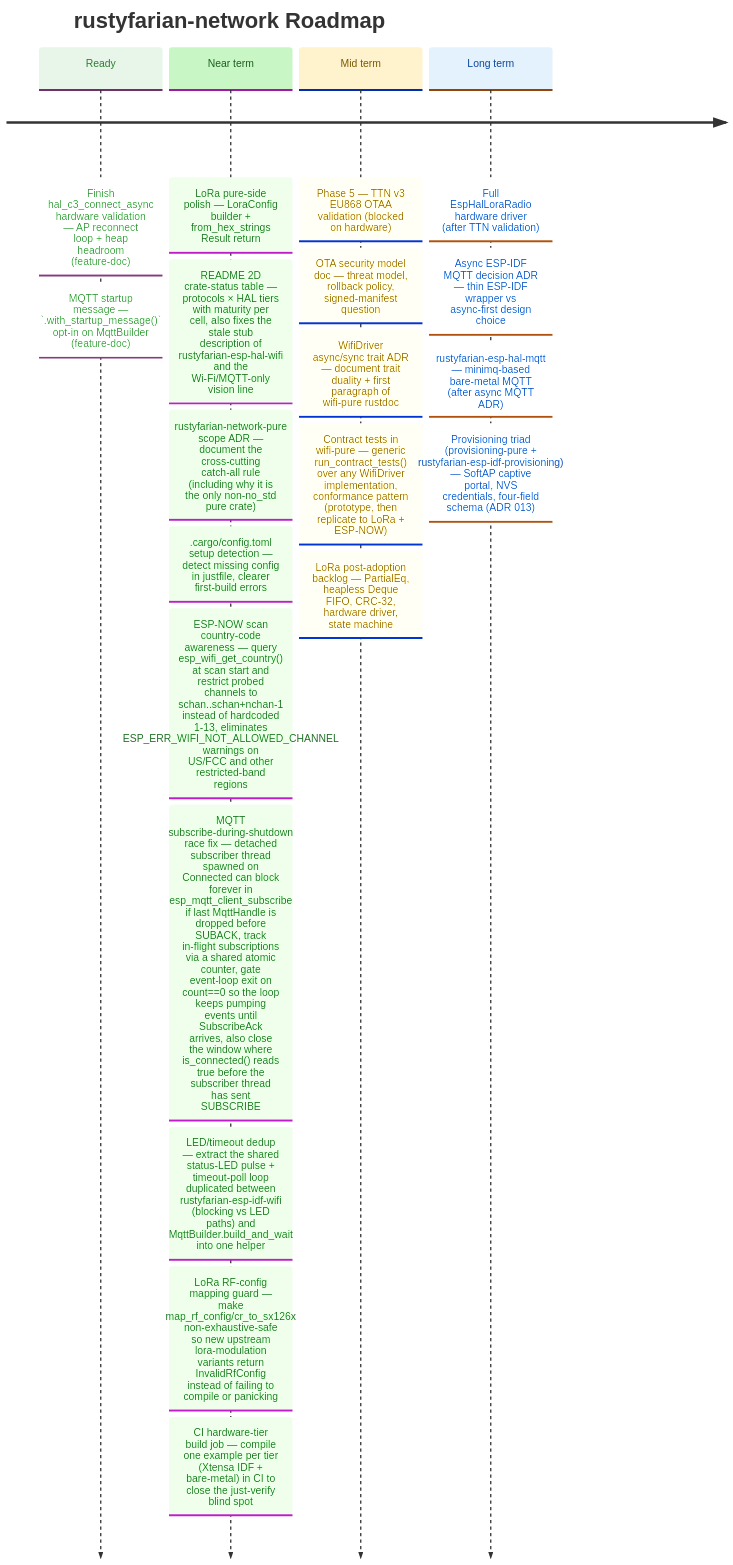
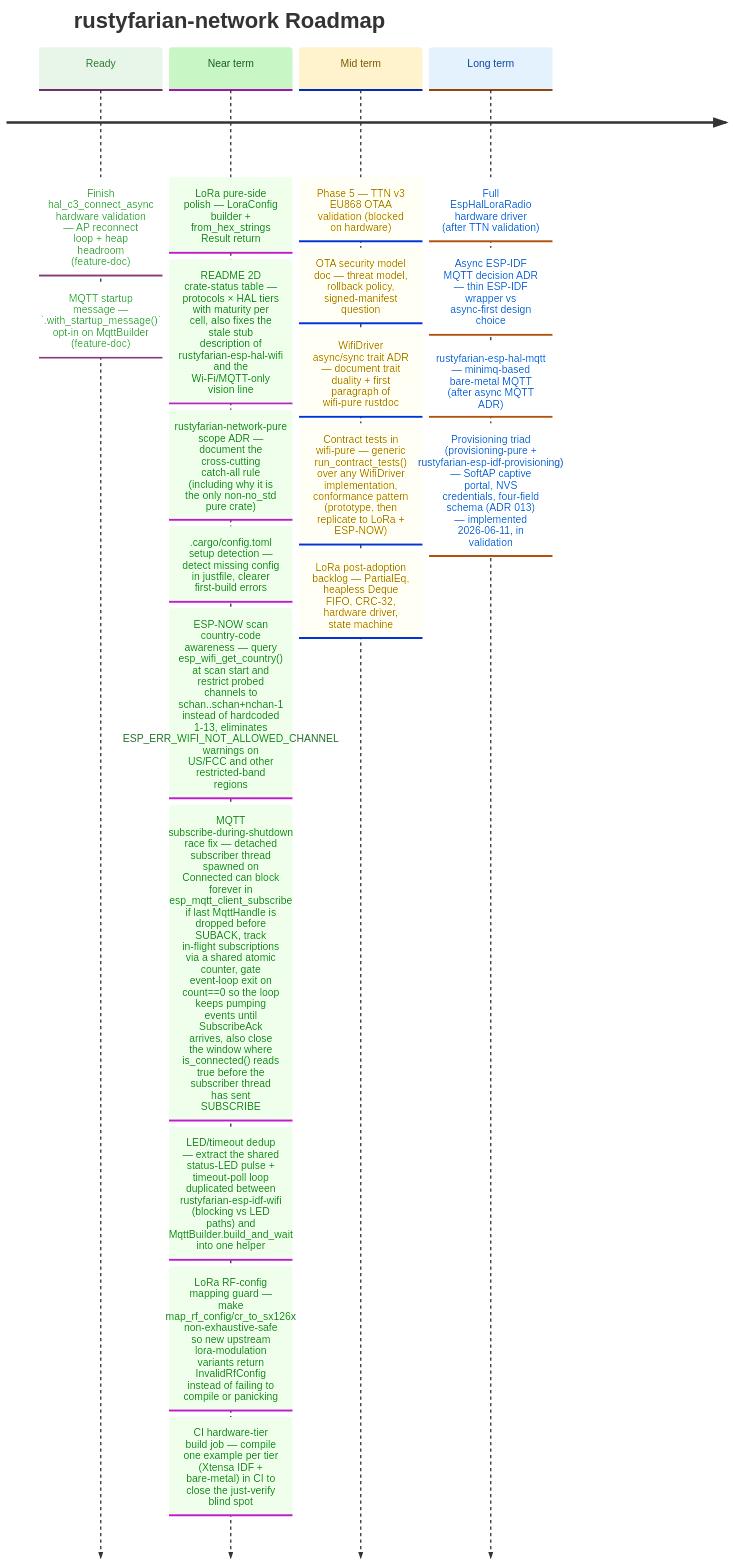
One commit to datenkollektiv/rustyfarian-network changed the diagram in docs/ROADMAP.md. Above: the diagram before and after it, drawn with Mermaid. The commit also changed other lines of this file and 23 other files, not shown here.

Commit message:
Implement SoftAP provisioning support with configuration validation and lifecycle management

````diff
--- a/docs/ROADMAP.md
+++ b/docs/ROADMAP.md
@@ -13,42 +13,42 @@
 ```mermaid
 %%{init: {
   "theme": "base",
   "themeVariables": {
     "cScale0": "#e8f5e9",
     "cScaleLabel0": "#2e7d32",
     "cScale1": "#c8f7c5",
     "cScaleLabel1": "#1b5e20",
     "cScale2": "#fff3cd",
     "cScaleLabel2": "#7a5a00",
     "cScale3": "#e3f2fd",
     "cScaleLabel3": "#0d47a1"
   }
 }}%%
 
 timeline
     title rustyfarian-network Roadmap
 
     Ready     : Finish hal_c3_connect_async hardware validation — AP reconnect loop + heap headroom (feature-doc)
               : MQTT startup message — `.with_startup_message()` opt-in on MqttBuilder (feature-doc)
 
     Near term : LoRa pure-side polish — LoraConfig builder + from_hex_strings Result return
               : README 2D crate-status table — protocols × HAL tiers with maturity per cell, also fixes the stale stub description of rustyfarian-esp-hal-wifi and the Wi-Fi/MQTT-only vision line
               : rustyfarian-network-pure scope ADR — document the cross-cutting catch-all rule (including why it is the only non-no_std pure crate)
               : .cargo/config.toml setup detection — detect missing config in justfile, clearer first-build errors
               : ESP-NOW scan country-code awareness — query esp_wifi_get_country() at scan start and restrict probed channels to schan..schan+nchan-1 instead of hardcoded 1-13, eliminates ESP_ERR_WIFI_NOT_ALLOWED_CHANNEL warnings on US/FCC and other restricted-band regions
               : MQTT subscribe-during-shutdown race fix — detached subscriber thread spawned on Connected can block forever in esp_mqtt_client_subscribe if last MqttHandle is dropped before SUBACK, track in-flight subscriptions via a shared atomic counter, gate event-loop exit on count==0 so the loop keeps pumping events until SubscribeAck arrives, also close the window where is_connected() reads true before the subscriber thread has sent SUBSCRIBE
               : LED/timeout dedup — extract the shared status-LED pulse + timeout-poll loop duplicated between rustyfarian-esp-idf-wifi (blocking vs LED paths) and MqttBuilder.build_and_wait into one helper
               : LoRa RF-config mapping guard — make map_rf_config/cr_to_sx126x non-exhaustive-safe so new upstream lora-modulation variants return InvalidRfConfig instead of failing to compile or panicking
               : CI hardware-tier build job — compile one example per tier (Xtensa IDF + bare-metal) in CI to close the just-verify blind spot
 
     Mid term  : Phase 5 — TTN v3 EU868 OTAA validation (blocked on hardware)
               : OTA security model doc — threat model, rollback policy, signed-manifest question
               : WifiDriver async/sync trait ADR — document trait duality + first paragraph of wifi-pure rustdoc
               : Contract tests in wifi-pure — generic run_contract_tests() over any WifiDriver implementation, conformance pattern (prototype, then replicate to LoRa + ESP-NOW)
               : LoRa post-adoption backlog — PartialEq, heapless Deque FIFO, CRC-32, hardware driver, state machine
 
     Long term : Full EspHalLoraRadio hardware driver (after TTN validation)
               : Async ESP-IDF MQTT decision ADR — thin ESP-IDF wrapper vs async-first design choice
               : rustyfarian-esp-hal-mqtt — minimq-based bare-metal MQTT (after async MQTT ADR)
-              : Provisioning triad (provisioning-pure + rustyfarian-esp-idf-provisioning) — SoftAP captive portal, NVS credentials, four-field schema (ADR 013)
+              : Provisioning triad (provisioning-pure + rustyfarian-esp-idf-provisioning) — SoftAP captive portal, NVS credentials, four-field schema (ADR 013) — implemented 2026-06-11, in validation
 ```
````
